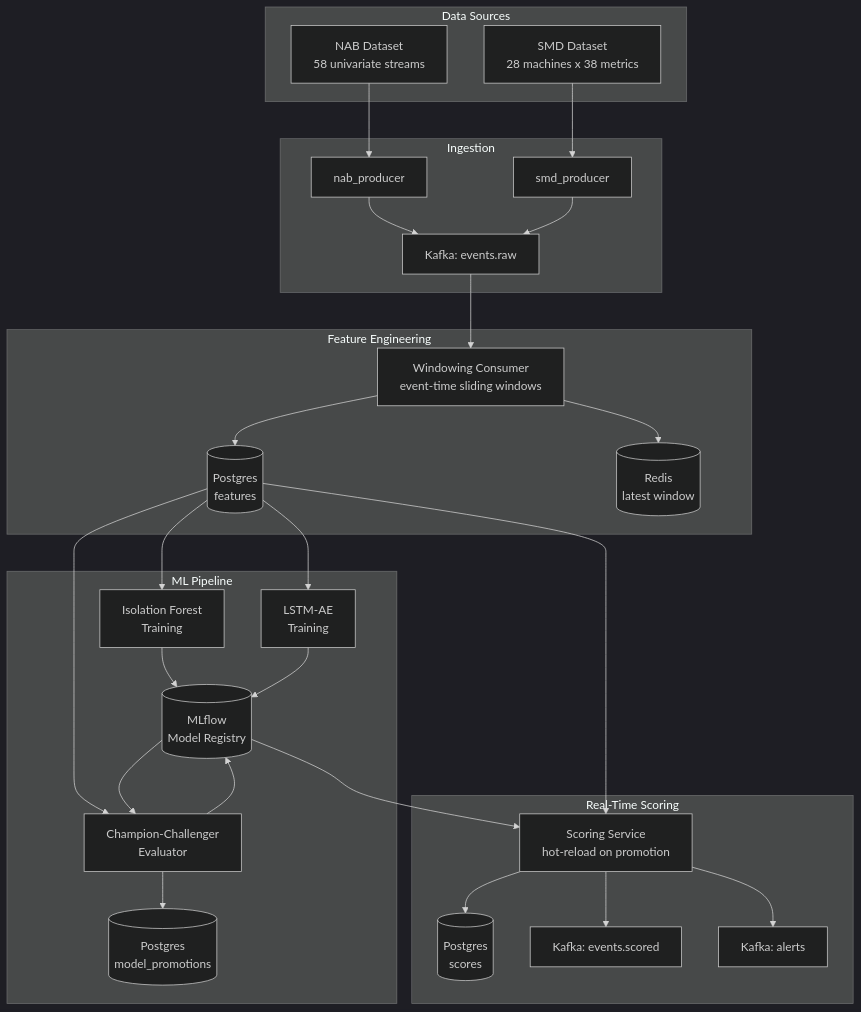
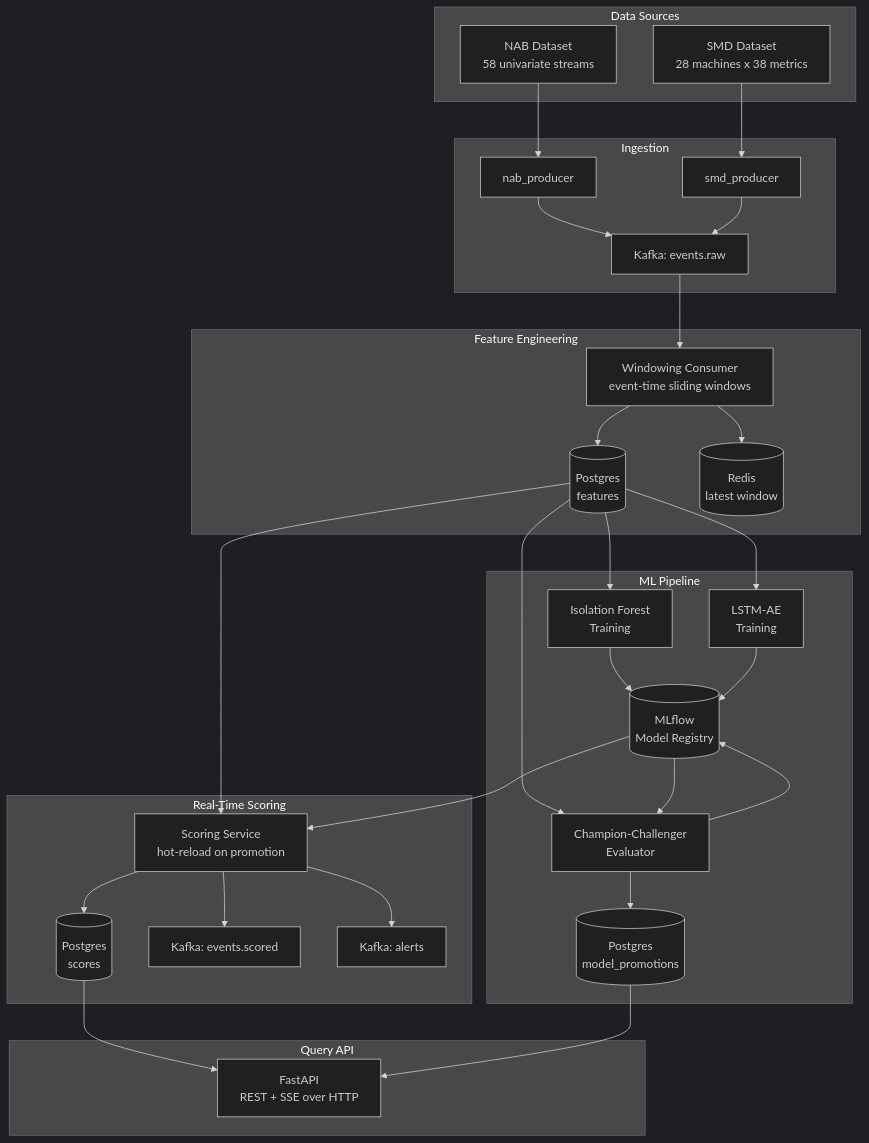
The first of 3 diagrams in README.md (imdhruv99/NeuralSentinel), drawn with Mermaid (dark theme) before and after one commit. The commit also changed other lines of this file and 17 other files, not shown here.

Commit message:
feat(query-api): added rest + sse query api over anamoly scores

````diff
--- a/README.md
+++ b/README.md
@@ -11,55 +11,61 @@
 ```mermaid
 flowchart TD
     subgraph src["Data Sources"]
         NAB["NAB Dataset\n58 univariate streams"]
         SMD["SMD Dataset\n28 machines x 38 metrics"]
     end
 
     subgraph ingest["Ingestion"]
         NP["nab_producer"]
         SP["smd_producer"]
         ER["Kafka: events.raw"]
     end
 
     subgraph features["Feature Engineering"]
         WC["Windowing Consumer\nevent-time sliding windows"]
         PGF[("Postgres\nfeatures")]
         RD[("Redis\nlatest window")]
     end
 
     subgraph ml["ML Pipeline"]
         IT["Isolation Forest\nTraining"]
         LT["LSTM-AE\nTraining"]
         EV["Champion-Challenger\nEvaluator"]
         MF[("MLflow\nModel Registry")]
         PGP[("Postgres\nmodel_promotions")]
     end
 
     subgraph scoring["Real-Time Scoring"]
         SC["Scoring Service\nhot-reload on promotion"]
         PGS[("Postgres\nscores")]
         ES["Kafka: events.scored"]
         AL["Kafka: alerts"]
     end
 
+    subgraph api["Query API"]
+        QA["FastAPI\nREST + SSE over HTTP"]
+    end
+
     NAB --> NP
     SMD --> SP
     NP --> ER
     SP --> ER
     ER --> WC
     WC --> PGF
     WC --> RD
     PGF --> IT
     PGF --> LT
     IT --> MF
     LT --> MF
     PGF --> EV
     MF --> EV
     EV --> MF
     EV --> PGP
     PGF --> SC
     MF --> SC
     SC --> PGS
     SC --> ES
     SC --> AL
+    PGS --> QA
+    PGP --> QA
 ```
````
